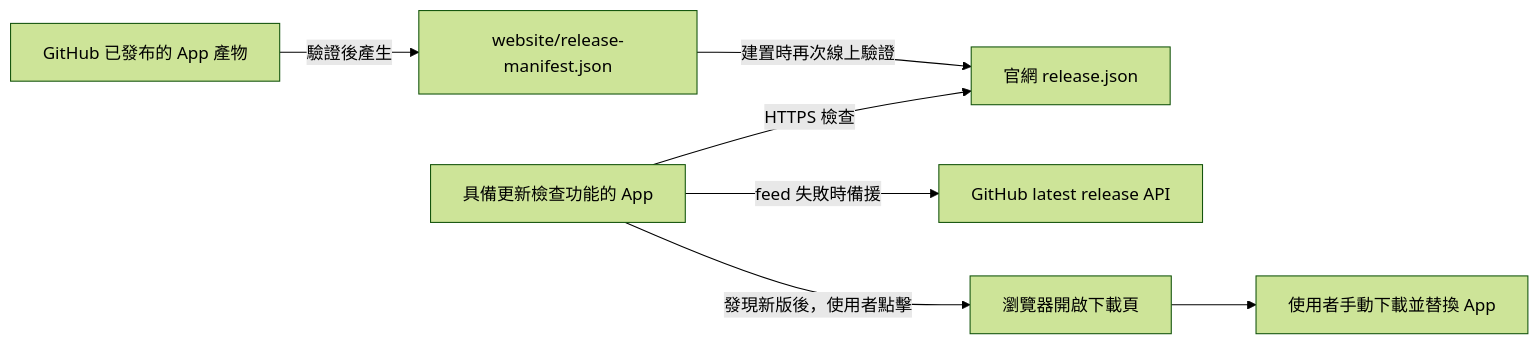
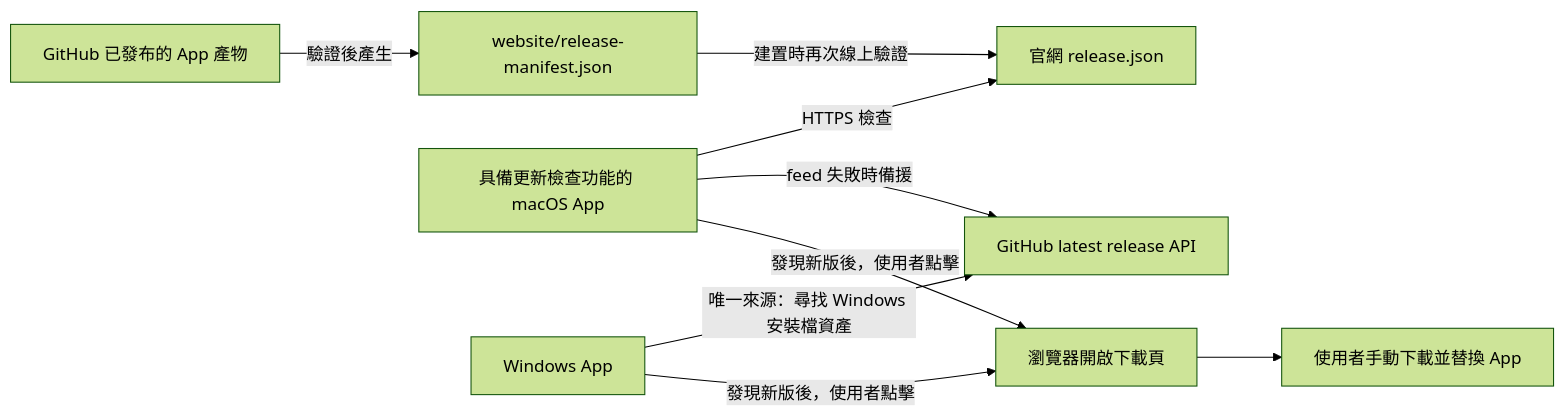
Before and after one commit to EricTsai83/recordstuff: the third of 3 diagrams in docs/zh-TW/system-design/delivery.md, drawn with Mermaid (forest theme). The commit also changed other lines of this file and 25 other files, not shown here.

````diff
--- a/docs/zh-TW/system-design/delivery.md
+++ b/docs/zh-TW/system-design/delivery.md
@@ -52,9 +54,11 @@
 ```mermaid
 flowchart LR
     A["GitHub 已發布的 App 產物"] -->|驗證後產生| M["website/release-manifest.json"]
     M -->|建置時再次線上驗證| F["官網 release.json"]
-    U["具備更新檢查功能的 App"] -->|HTTPS 檢查| F
+    U["具備更新檢查功能的 macOS App"] -->|HTTPS 檢查| F
     U -->|feed 失敗時備援| G["GitHub latest release API"]
+    W["Windows App"] -->|唯一來源：尋找 Windows 安裝檔資產| G
+    W -->|發現新版後，使用者點擊| D
     U -->|發現新版後，使用者點擊| D["瀏覽器開啟下載頁"]
     D --> I["使用者手動下載並替換 App"]
 ```
````
